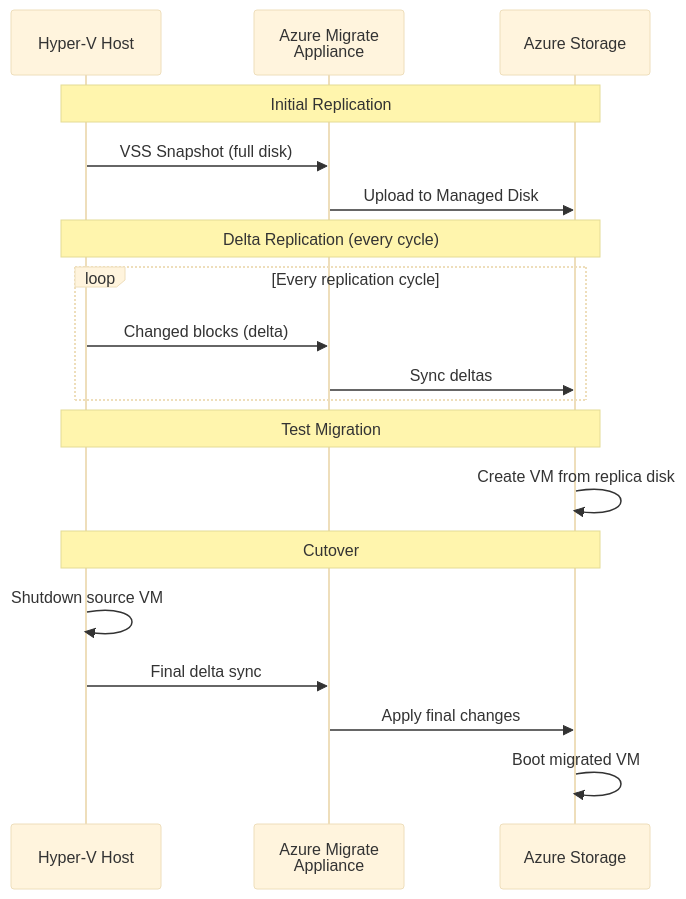
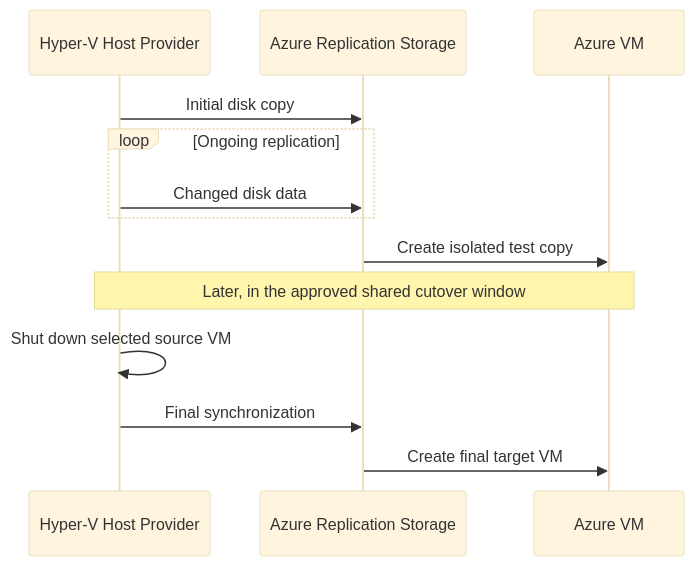
Before and after one commit to JBibbs19/azure-migrate-workshop: the diagram in docs/Module-2-Agentless-Migration.md, drawn with Mermaid (base theme). The commit also changed other lines of this file and 5 other files, not shown here.

````diff
--- a/docs/Module-2-Agentless-Migration.md
+++ b/docs/Module-2-Agentless-Migration.md
@@ -45,25 +39,15 @@
 ```mermaid
 sequenceDiagram
-    participant HV as Hyper-V Host
-    participant Appliance as Azure Migrate<br/>Appliance
-    participant Azure as Azure Storage
-
-    Note over HV,Azure: Initial Replication
-    HV->>Appliance: VSS Snapshot (full disk)
-    Appliance->>Azure: Upload to Managed Disk
-    
-    Note over HV,Azure: Delta Replication (every cycle)
-    loop Every replication cycle
-        HV->>Appliance: Changed blocks (delta)
-        Appliance->>Azure: Sync deltas
+    participant HV as Hyper-V Host Provider
+    participant Azure as Azure Replication Storage
+    participant VM as Azure VM
+    HV->>Azure: Initial disk copy
+    loop Ongoing replication
+        HV->>Azure: Changed disk data
     end
-
-    Note over HV,Azure: Test Migration
-    Azure->>Azure: Create VM from replica disk
-    
-    Note over HV,Azure: Cutover
-    HV->>HV: Shutdown source VM
-    HV->>Appliance: Final delta sync
-    Appliance->>Azure: Apply final changes
-    Azure->>Azure: Boot migrated VM
+    Azure->>VM: Create isolated test copy
+    Note over HV,VM: Later, in the approved shared cutover window
+    HV->>HV: Shut down selected source VM
+    HV->>Azure: Final synchronization
+    Azure->>VM: Create final target VM
 ```
````
